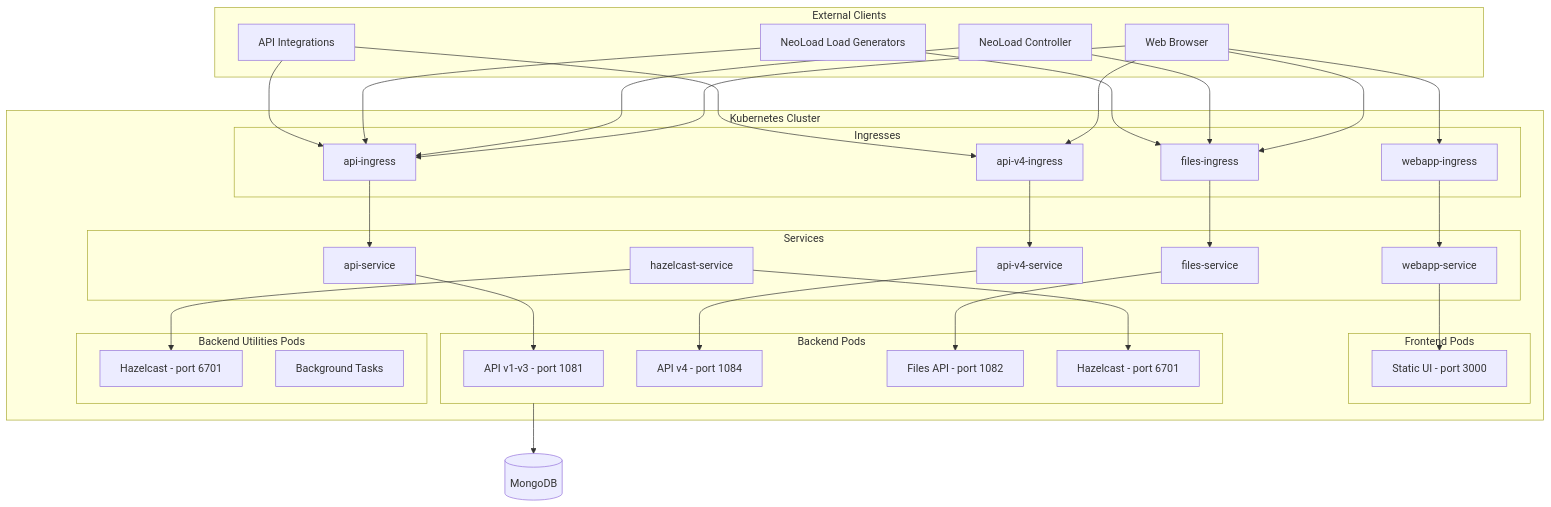
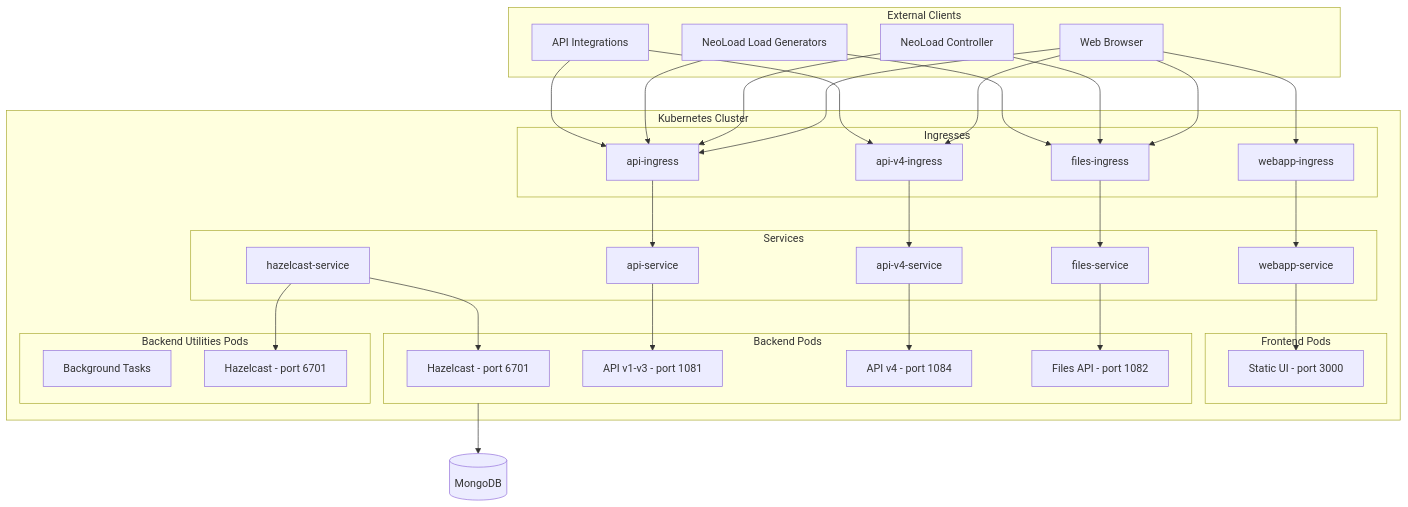
One commit to Neotys-Labs/helm-neoload-web changed the diagram in README.md. Above: the diagram before and after it, drawn with Mermaid. The commit also changed other lines of this file, not shown here.

Commit message:
Update architecture diagram

````diff
--- a/README.md
+++ b/README.md
@@ -202,69 +202,69 @@
 ```mermaid
 flowchart TB
     subgraph clients [External Clients]
         browser[Web Browser]
         controller[NeoLoad Controller]
         lg[NeoLoad Load Generators]
         apiclients[API Integrations]
     end
 
     subgraph k8s [Kubernetes Cluster]
         subgraph ingresses [Ingresses]
             ing_webapp[webapp-ingress]
             ing_api[api-ingress]
             ing_apiv4[api-v4-ingress]
             ing_files[files-ingress]
         end
 
         subgraph services [Services]
             svc_webapp[webapp-service]
             svc_api[api-service]
             svc_apiv4[api-v4-service]
             svc_files[files-service]
             svc_hazelcast[hazelcast-service]
         end
 
         subgraph frontend [Frontend Pods]
             fe[Static UI - port 3000]
         end
 
         subgraph backend [Backend Pods]
+            hz1[Hazelcast - port 6701]
             api[API v1-v3 - port 1081]
             apiv4[API v4 - port 1084]
             files[Files API - port 1082]
-            hz1[Hazelcast - port 6701]
         end
 
         subgraph backendutil [Backend Utilities Pods]
+            tasks[Background Tasks]
             hz2[Hazelcast - port 6701]
-            tasks[Background Tasks]
         end
     end
 
     mongo[(MongoDB)]
 
     browser --> ing_webapp
     browser --> ing_api
     browser --> ing_apiv4
     browser --> ing_files
     controller --> ing_api
     controller --> ing_files
     lg --> ing_api
     lg --> ing_files
     apiclients --> ing_api
     apiclients --> ing_apiv4
 
     ing_webapp --> svc_webapp
     ing_api --> svc_api
     ing_apiv4 --> svc_apiv4
     ing_files --> svc_files
 
     svc_webapp --> fe
     svc_api --> api
     svc_apiv4 --> apiv4
     svc_files --> files
     svc_hazelcast --> hz1
     svc_hazelcast --> hz2
 
     backend --> mongo
 ```
````
